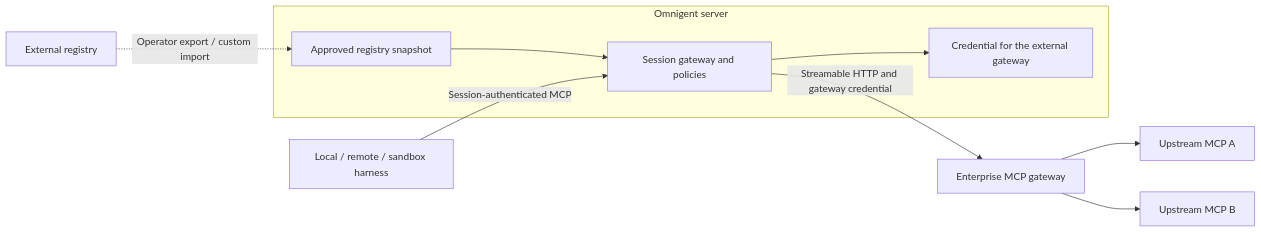
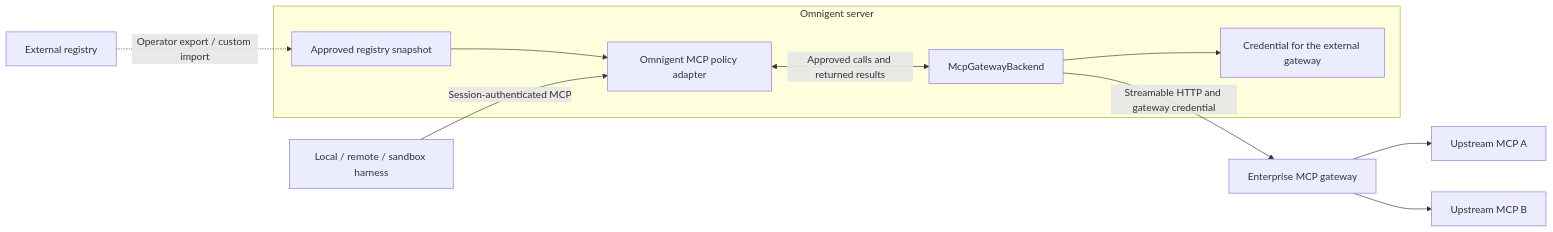
Before and after one commit to omnigent-ai/omnigent: the diagram in designs/MCP_REGISTRY_API.md, drawn with Mermaid. The commit also changed other lines of this file and 19 other files, not shown here.

Commit message:
Separate managed MCP gateway routing from session policy context

````diff
--- a/designs/MCP_REGISTRY_API.md
+++ b/designs/MCP_REGISTRY_API.md
@@ -168,16 +202,17 @@
 ```mermaid
 flowchart LR
   H[Local / remote / sandbox harness]
   subgraph server[Omnigent server]
     R[Approved registry snapshot]
-    G[Session gateway and policies]
+    G[Omnigent MCP policy adapter]
     C[Credential for the external gateway]
     R --> G
-    G --> C
+    B --> C
   end
   ER[External registry] -.->|Operator export / custom import| R
   H -->|Session-authenticated MCP| G
-  G -->|Streamable HTTP and gateway credential| X[Enterprise MCP gateway]
+  G <-->|Approved calls and returned results| B[McpGatewayBackend]
+  B -->|Streamable HTTP and gateway credential| X[Enterprise MCP gateway]
   X --> M1[Upstream MCP A]
   X --> M2[Upstream MCP B]
 ```
````
